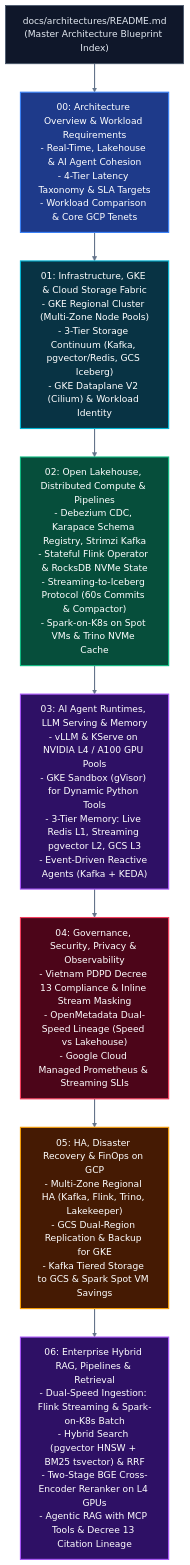
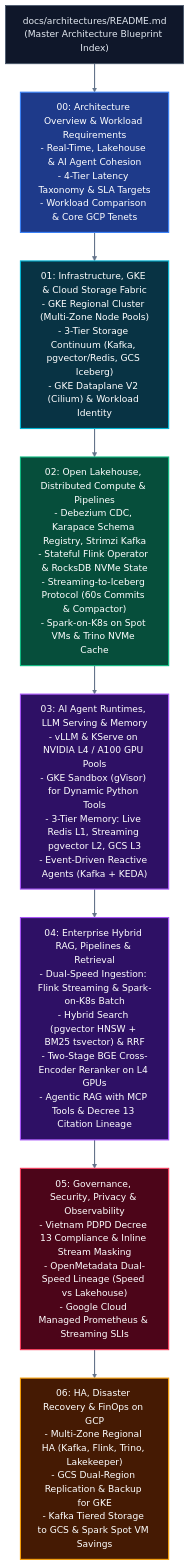
One commit to toanbui626391/data_platform_gcp changed the diagram in docs/architectures/README.md. Above: the diagram before and after it, drawn with Mermaid. The commit also changed other lines of this file and 5 other files, not shown here.

````diff
--- a/docs/architectures/README.md
+++ b/docs/architectures/README.md
@@ -16,31 +16,31 @@
 ```mermaid
 flowchart TD
     Index["docs/architectures/README.md\n(Master Architecture Blueprint Index)"]:::gray
     Doc0["00: Architecture Overview & Workload Requirements\n- Real-Time, Lakehouse & AI Agent Cohesion\n- 4-Tier Latency Taxonomy & SLA Targets\n- Workload Comparison & Core GCP Tenets"]:::primary
     Doc1["01: Infrastructure, GKE & Cloud Storage Fabric\n- GKE Regional Cluster (Multi-Zone Node Pools)\n- 3-Tier Storage Continuum (Kafka, pgvector/Redis, GCS Iceberg)\n- GKE Dataplane V2 (Cilium) & Workload Identity"]:::cyan
     Doc2["02: Open Lakehouse, Distributed Compute & Pipelines\n- Debezium CDC, Karapace Schema Registry, Strimzi Kafka\n- Stateful Flink Operator & RocksDB NVMe State\n- Streaming-to-Iceberg Protocol (60s Commits & Compactor)\n- Spark-on-K8s on Spot VMs & Trino NVMe Cache"]:::success
     Doc3["03: AI Agent Runtimes, LLM Serving & Memory\n- vLLM & KServe on NVIDIA L4 / A100 GPU Pools\n- GKE Sandbox (gVisor) for Dynamic Python Tools\n- 3-Tier Memory: Live Redis L1, Streaming pgvector L2, GCS L3\n- Event-Driven Reactive Agents (Kafka + KEDA)"]:::purple
-    Doc4["04: Governance, Security, Privacy & Observability\n- Vietnam PDPD Decree 13 Compliance & Inline Stream Masking\n- OpenMetadata Dual-Speed Lineage (Speed vs Lakehouse)\n- Google Cloud Managed Prometheus & Streaming SLIs"]:::danger
-    Doc5["05: HA, Disaster Recovery & FinOps on GCP\n- Multi-Zone Regional HA (Kafka, Flink, Trino, Lakekeeper)\n- GCS Dual-Region Replication & Backup for GKE\n- Kafka Tiered Storage to GCS & Spark Spot VM Savings"]:::warning
-    Doc6["06: Enterprise Hybrid RAG, Pipelines & Retrieval\n- Dual-Speed Ingestion: Flink Streaming & Spark-on-K8s Batch\n- Hybrid Search (pgvector HNSW + BM25 tsvector) & RRF\n- Two-Stage BGE Cross-Encoder Reranker on L4 GPUs\n- Agentic RAG with MCP Tools & Decree 13 Citation Lineage"]:::purple
+    Doc4["04: Enterprise Hybrid RAG, Pipelines & Retrieval\n- Dual-Speed Ingestion: Flink Streaming & Spark-on-K8s Batch\n- Hybrid Search (pgvector HNSW + BM25 tsvector) & RRF\n- Two-Stage BGE Cross-Encoder Reranker on L4 GPUs\n- Agentic RAG with MCP Tools & Decree 13 Citation Lineage"]:::purple
+    Doc5["05: Governance, Security, Privacy & Observability\n- Vietnam PDPD Decree 13 Compliance & Inline Stream Masking\n- OpenMetadata Dual-Speed Lineage (Speed vs Lakehouse)\n- Google Cloud Managed Prometheus & Streaming SLIs"]:::danger
+    Doc6["06: HA, Disaster Recovery & FinOps on GCP\n- Multi-Zone Regional HA (Kafka, Flink, Trino, Lakekeeper)\n- GCS Dual-Region Replication & Backup for GKE\n- Kafka Tiered Storage to GCS & Spark Spot VM Savings"]:::warning
 
     Index --> Doc0
     Doc0 --> Doc1
     Doc1 --> Doc2
     Doc2 --> Doc3
     Doc3 --> Doc4
     Doc4 --> Doc5
     Doc5 --> Doc6
 
     %% Link Styling
     linkStyle default stroke:#64748b,stroke-width:2px;
 
     %% Universal Dual-Mode High-Contrast Palette
     classDef primary fill:#1e3a8a,stroke:#3b82f6,stroke-width:2px,color:#ffffff;
     classDef success fill:#064e3b,stroke:#10b981,stroke-width:2px,color:#ffffff;
     classDef warning fill:#451a03,stroke:#f59e0b,stroke-width:2px,color:#ffffff;
     classDef danger  fill:#4c0519,stroke:#f43f5e,stroke-width:2px,color:#ffffff;
     classDef purple  fill:#2e1065,stroke:#a855f7,stroke-width:2px,color:#ffffff;
     classDef cyan    fill:#083344,stroke:#06b6d4,stroke-width:2px,color:#ffffff;
     classDef gray    fill:#0f172a,stroke:#475569,stroke-width:1.5px,color:#e2e8f0;
 ```
````
